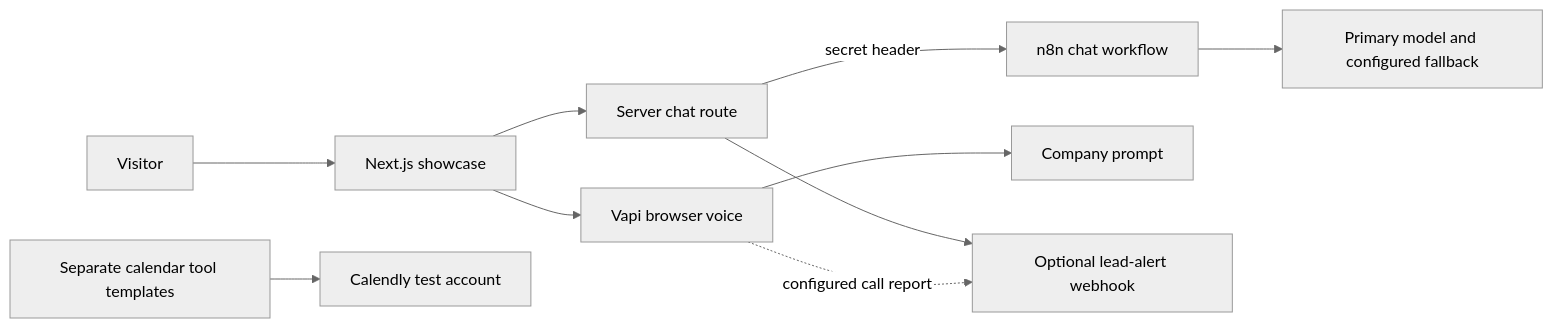
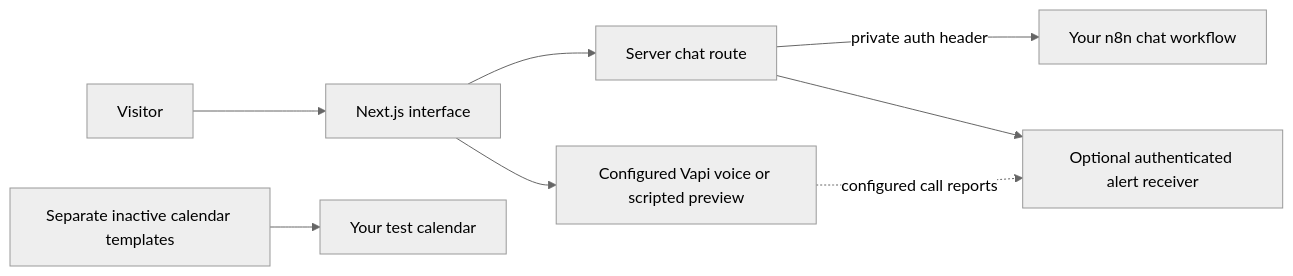
One commit to skabo42000/ai-receptionist-workflows changed the diagram in README.md. Above: the diagram before and after it, drawn with Mermaid (neutral theme). The commit also changed other lines of this file and 3 other files, not shown here.

````diff
--- a/README.md
+++ b/README.md
@@ -30,12 +32,10 @@
 ```mermaid
 flowchart LR
-    U[Visitor] --> W[Next.js showcase]
+    U[Visitor] --> W[Next.js interface]
     W --> C[Server chat route]
-    C -->|secret header| N[n8n chat workflow]
-    N --> M[Primary model and configured fallback]
-    W --> V[Vapi browser voice]
-    V --> A[Company prompt]
-    C --> L[Optional lead-alert webhook]
-    V -. configured call report .-> L
-    T[Separate calendar tool templates] --> K[Calendly test account]
+    C -->|private auth header| N[Your n8n chat workflow]
+    W --> V[Configured Vapi voice or scripted preview]
+    C --> L[Optional authenticated alert receiver]
+    V -. configured call reports .-> L
+    T[Separate inactive calendar templates] --> K[Your test calendar]
 ```
````
